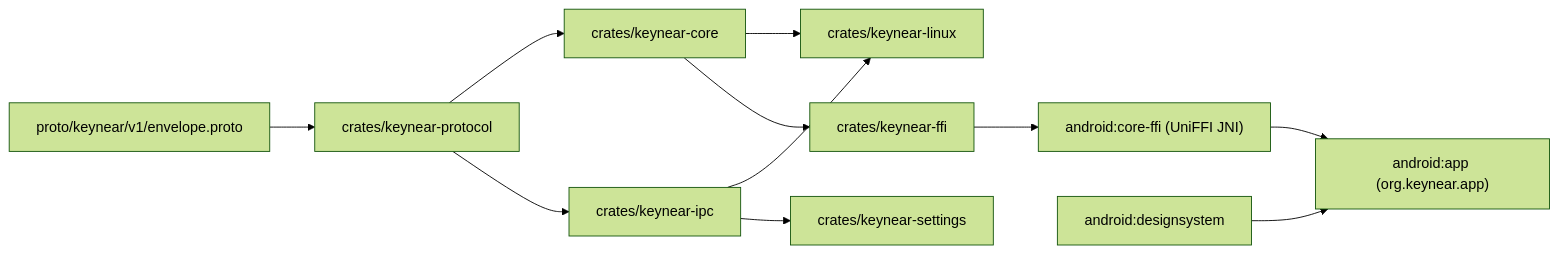
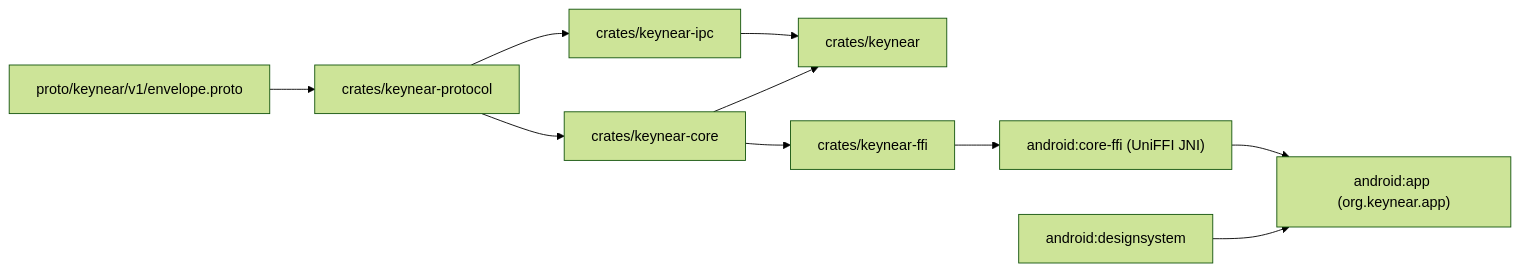
Before and after one commit to hydrafog/keynear: the diagram in docs/architecture/overview.md, drawn with Mermaid (forest theme). The commit also changed other lines of this file and 29 other files, not shown here.

````diff
--- a/docs/architecture/overview.md
+++ b/docs/architecture/overview.md
@@ -7,13 +7,12 @@
 ```mermaid
 flowchart LR
   proto["proto/keynear/v1/envelope.proto"] --> protocol["crates/keynear-protocol"]
   protocol --> core["crates/keynear-core"]
   protocol --> ipc["crates/keynear-ipc"]
-  core --> linux["crates/keynear-linux"]
+  core --> linux["crates/keynear"]
   ipc --> linux
-  ipc --> settings["crates/keynear-settings"]
   core --> ffi["crates/keynear-ffi"]
   ffi --> uniffi["android:core-ffi (UniFFI JNI)"]
   ds["android:designsystem"] --> android["android:app (org.keynear.app)"]
   uniffi --> android
 ```
````
